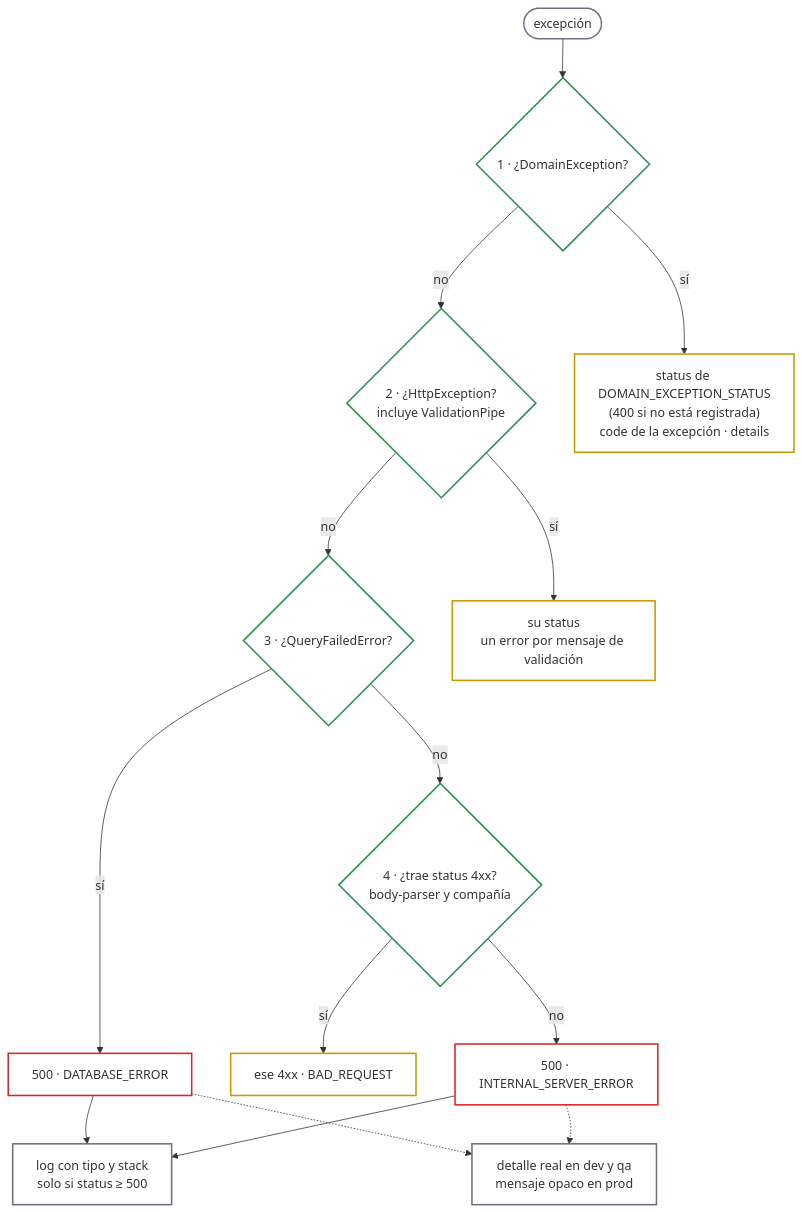
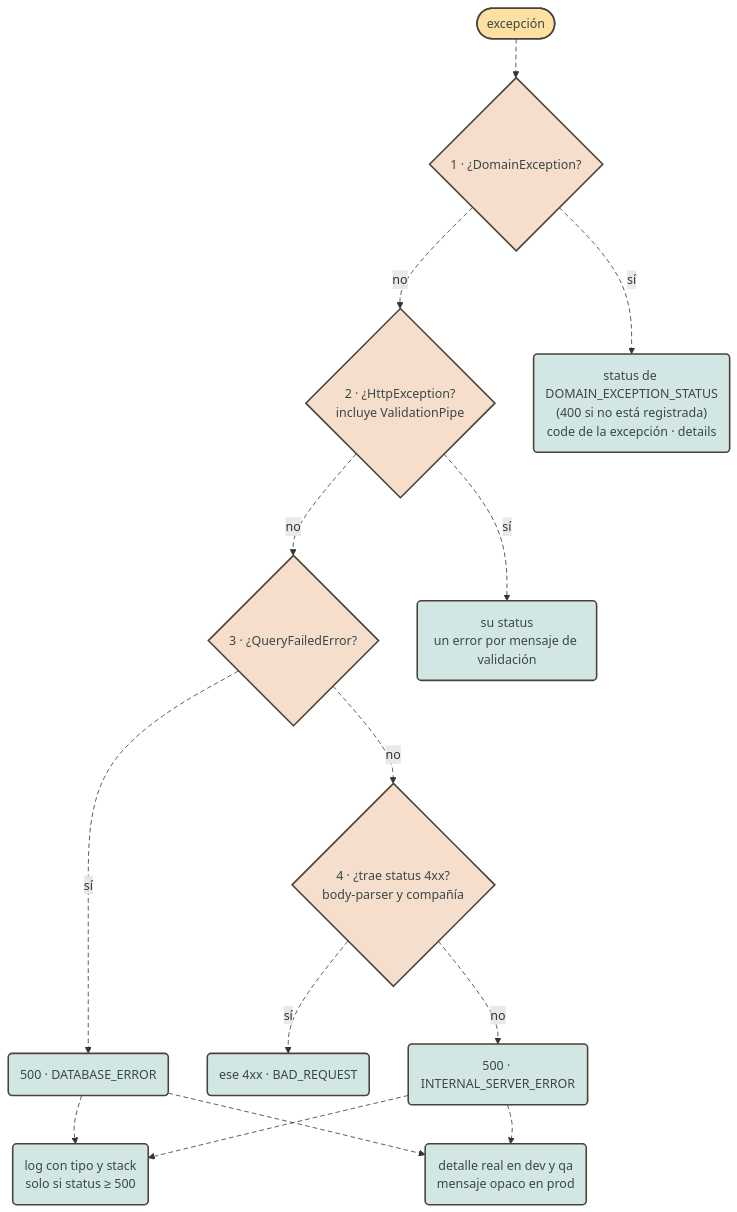
Diagram 12 of 19 in docs/architecture.md (pcarroza91/nest-template), drawn with Mermaid before and after one commit. The commit also changed other lines of this file and 2 other files, not shown here.

First line of the commit message:
docs(architecture): aplica el estilo pastel por rol a los diagramas Mermaid

````diff
--- a/docs/architecture.md
+++ b/docs/architecture.md
@@ -519,36 +502,35 @@
 ```mermaid
 flowchart TB
     E(["excepción"])
     Q1{"1 · ¿DomainException?"}
     Q2{"2 · ¿HttpException?<br/>incluye ValidationPipe"}
     Q3{"3 · ¿QueryFailedError?"}
     Q4{"4 · ¿trae status 4xx?<br/>body-parser y compañía"}
-    R1["status de DOMAIN_EXCEPTION_STATUS<br/>(400 si no está registrada)<br/>code de la excepción · details"]
-    R2["su status<br/>un error por mensaje de validación"]
-    R3["500 · DATABASE_ERROR"]
-    R4["ese 4xx · BAD_REQUEST"]
-    R5["500 · INTERNAL_SERVER_ERROR"]
-    LOG["log con tipo y stack<br/>solo si status ≥ 500"]
-    OPQ["detalle real en dev y qa<br/>mensaje opaco en prod"]
+    R1("status de DOMAIN_EXCEPTION_STATUS<br/>(400 si no está registrada)<br/>code de la excepción · details")
+    R2("su status<br/>un error por mensaje de validación")
+    R3("500 · DATABASE_ERROR")
+    R4("ese 4xx · BAD_REQUEST")
+    R5("500 · INTERNAL_SERVER_ERROR")
+    LOG("log con tipo y stack<br/>solo si status ≥ 500")
+    OPQ("detalle real en dev y qa<br/>mensaje opaco en prod")
 
     E --> Q1
     Q1 -- "sí" --> R1
     Q1 -- "no" --> Q2
     Q2 -- "sí" --> R2
     Q2 -- "no" --> Q3
     Q3 -- "sí" --> R3
     Q3 -- "no" --> Q4
     Q4 -- "sí" --> R4
     Q4 -- "no" --> R5
     R3 & R5 --> LOG
     R3 & R5 -.-> OPQ
 
-    classDef shared fill:transparent,stroke:#2f9254,stroke-width:2px
-    classDef warn fill:transparent,stroke:#c79a00,stroke-width:2px
-    classDef bad fill:transparent,stroke:#dc2626,stroke-width:2px
-    classDef pure fill:transparent,stroke:#6b7280,stroke-width:2px
-    class Q1,Q2,Q3,Q4 shared
-    class R1,R2,R4 warn
-    class R3,R5 bad
-    class LOG,OPQ,E pure
+    classDef domain fill:#fde0a3,stroke:#494238,stroke-width:2px,color:#3c4747
+    classDef shared fill:#d2e7e4,stroke:#494238,stroke-width:2px,color:#3c4747
+    class E domain
+    class R1,R2,R3,R4,R5,LOG,OPQ shared
+    classDef decision fill:#f6decc,stroke:#494238,stroke-width:2px,color:#3c4747
+    class Q1,Q2,Q3,Q4 decision
+    linkStyle default stroke-dasharray:6 4
 ```
````
